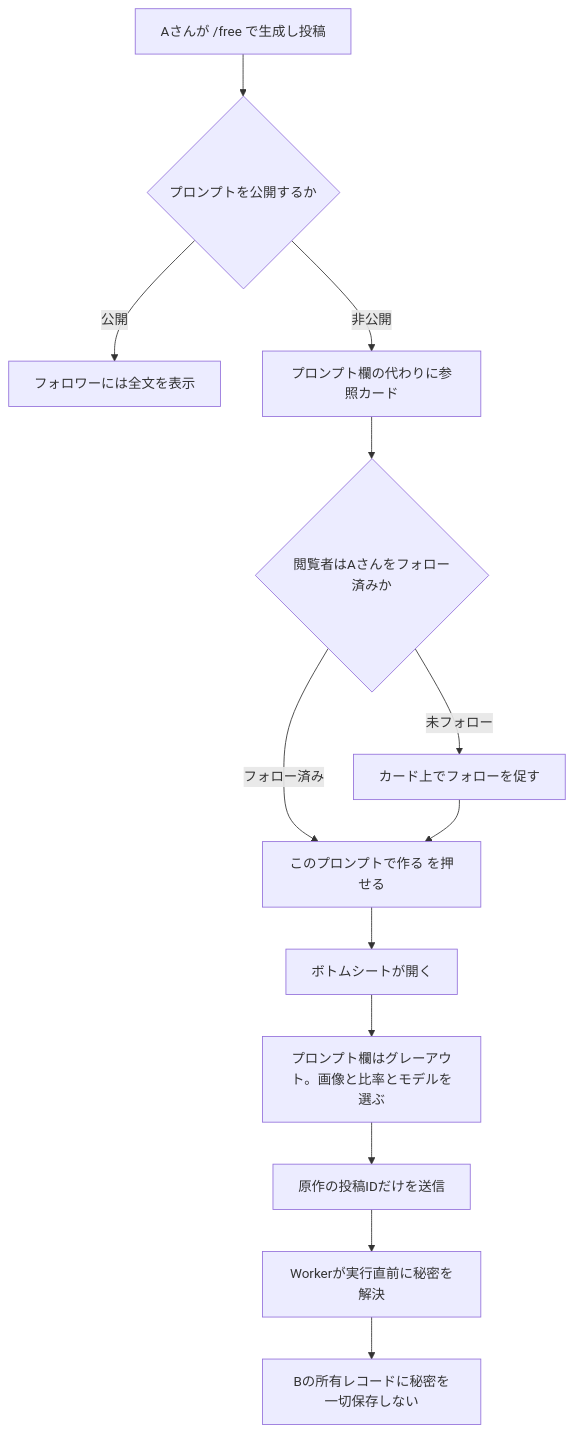
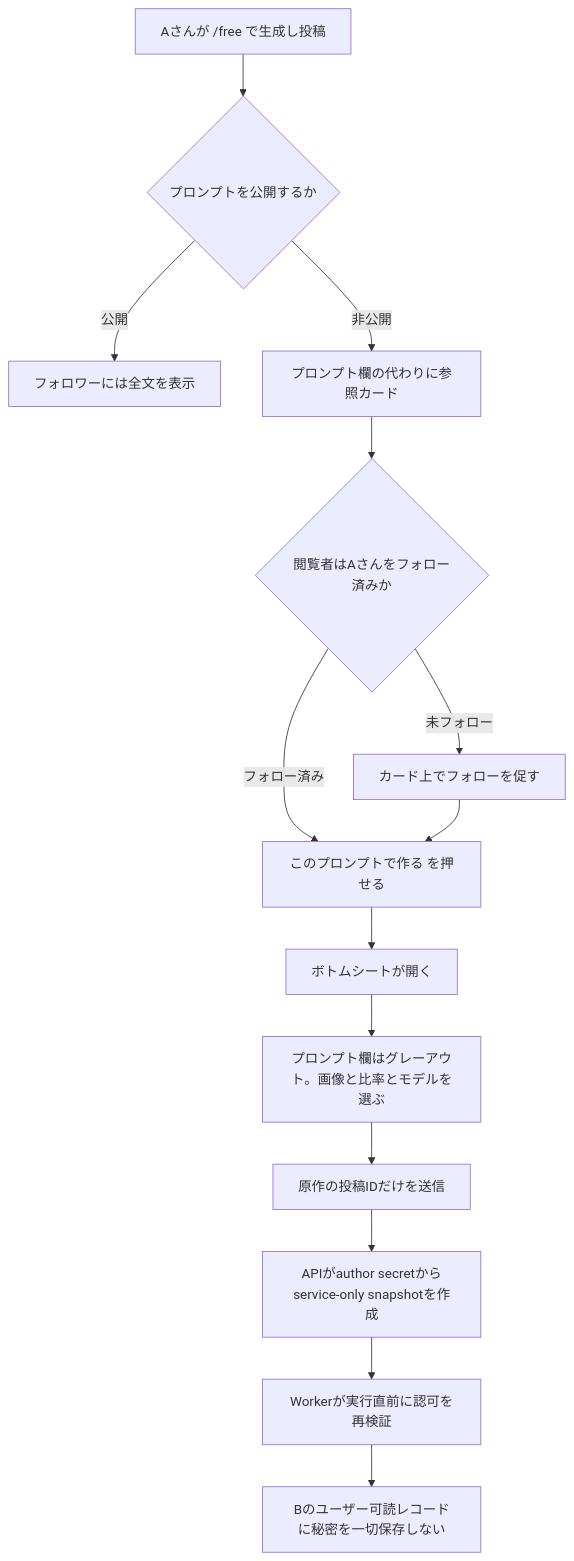
The second of 6 diagrams in docs/planning/free-prompt-private-mode-implementation-plan.md (3balljugglerYu/ai_coordinate), drawn with Mermaid before and after one commit. The commit also changed other lines of this file, not shown here.

````diff
--- a/docs/planning/free-prompt-private-mode-implementation-plan.md
+++ b/docs/planning/free-prompt-private-mode-implementation-plan.md
@@ -205,15 +216,16 @@
 ```mermaid
 flowchart TD
     A["Aさんが /free で生成し投稿"] --> B{"プロンプトを公開するか"}
     B -->|公開| C["フォロワーには全文を表示"]
     B -->|非公開| D["プロンプト欄の代わりに参照カード"]
     D --> E{"閲覧者はAさんをフォロー済みか"}
     E -->|未フォロー| F["カード上でフォローを促す"]
     E -->|フォロー済み| G["このプロンプトで作る を押せる"]
     F --> G
     G --> H["ボトムシートが開く"]
     H --> I["プロンプト欄はグレーアウト。画像と比率とモデルを選ぶ"]
     I --> J["原作の投稿IDだけを送信"]
-    J --> K["Workerが実行直前に秘密を解決"]
-    K --> L["Bの所有レコードに秘密を一切保存しない"]
+    J --> K["APIがauthor secretからservice-only snapshotを作成"]
+    K --> L["Workerが実行直前に認可を再検証"]
+    L --> M["Bのユーザー可読レコードに秘密を一切保存しない"]
 ```
````
